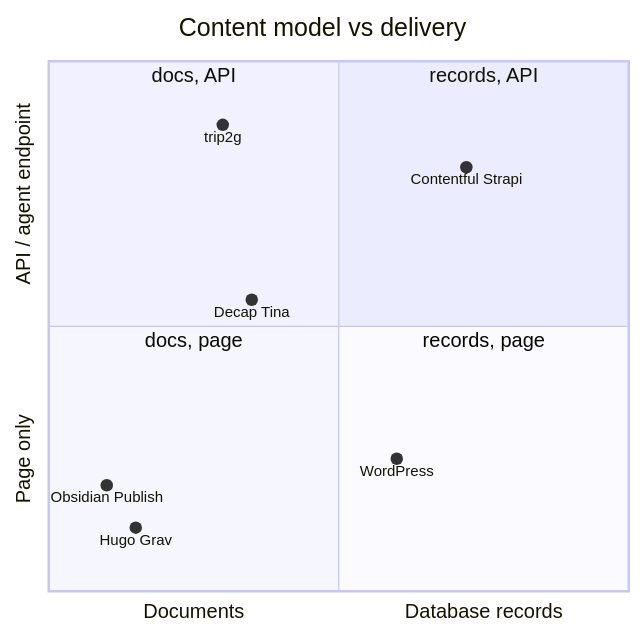
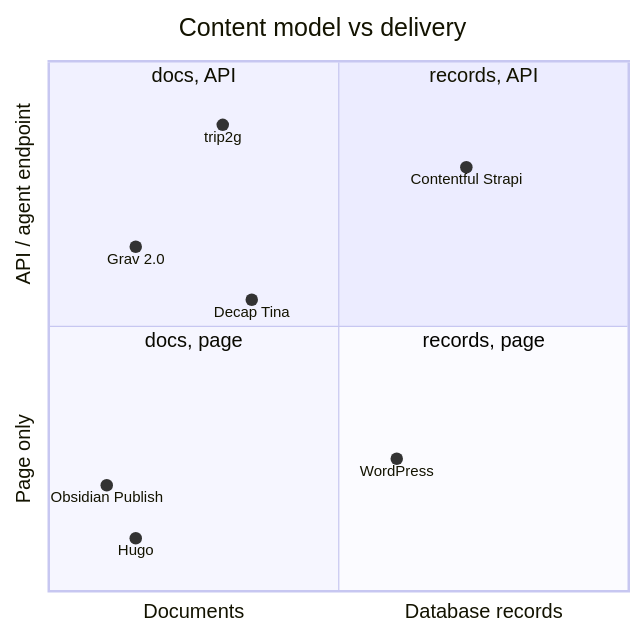
Before and after one commit to trip2g/trip2g: the fourth of 5 diagrams in docs/en/thoughts/flat-file-cms.md, drawn with Mermaid. The commit also changed other lines of this file and 1 other file, not shown here.

Commit message:
docs(thoughts): correct flat-file-cms — Grav 2.0 matches MCP/write-API, sharpen the real moat

````diff
--- a/docs/en/thoughts/flat-file-cms.md
+++ b/docs/en/thoughts/flat-file-cms.md
@@ -125,16 +127,17 @@
 ```mermaid
 quadrantChart
     title Content model vs delivery
     x-axis Documents --> Database records
     y-axis Page only --> API / agent endpoint
     quadrant-1 records, API
     quadrant-2 docs, API
     quadrant-3 docs, page
     quadrant-4 records, page
-    Hugo Grav: [0.15, 0.12]
+    Hugo: [0.15, 0.1]
+    Grav 2.0: [0.15, 0.65]
     Obsidian Publish: [0.1, 0.2]
     WordPress: [0.6, 0.25]
     Contentful Strapi: [0.72, 0.8]
     Decap Tina: [0.35, 0.55]
     trip2g: [0.3, 0.88]
 ```
````
